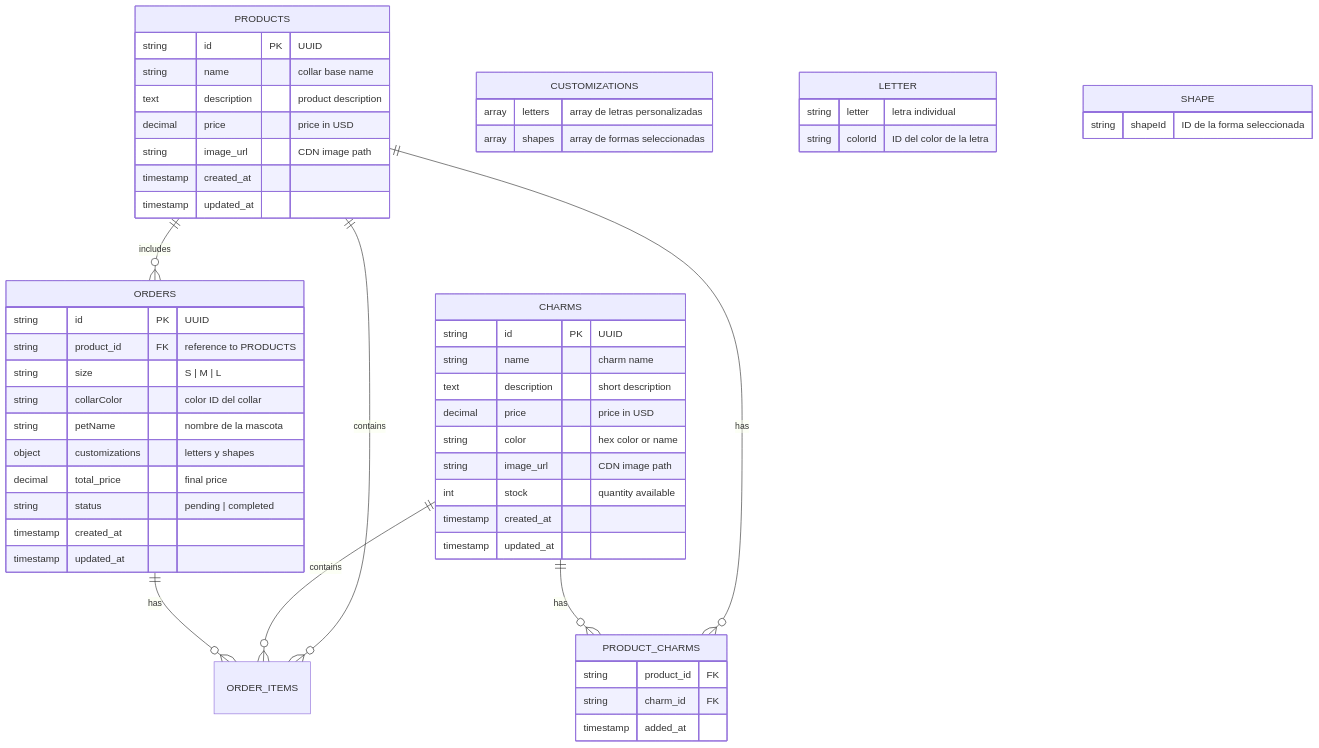
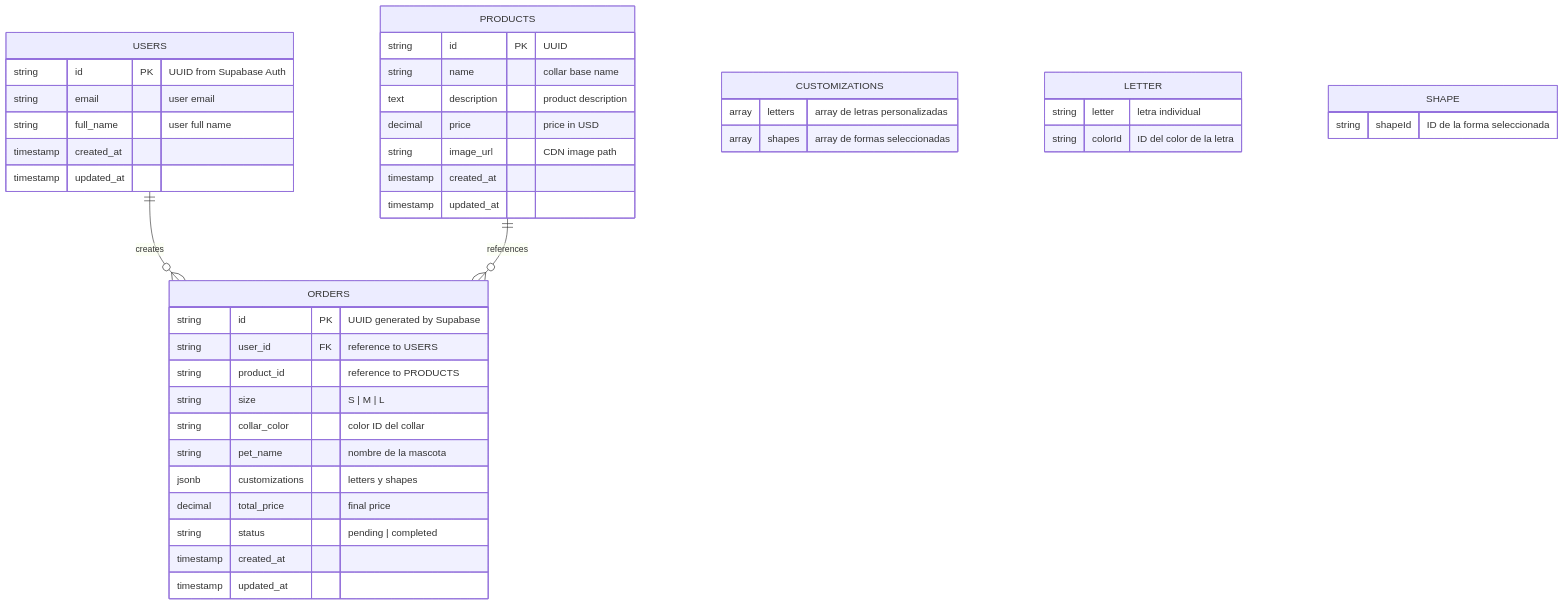
One commit to estefijmiceli89/AI4Devs-finalproject-miceli changed the third of 3 diagrams in petcharms/README.md. Above: the diagram before and after it, drawn with Mermaid. The commit also changed other lines of this file, not shown here.

````diff
--- a/petcharms/README.md
+++ b/petcharms/README.md
@@ -982,64 +1070,51 @@
 ```mermaid
 erDiagram
-    PRODUCTS ||--o{ ORDER_ITEMS : "contains"
-    CHARMS ||--o{ ORDER_ITEMS : "contains"
-    PRODUCTS ||--o{ PRODUCT_CHARMS : "has"
-    CHARMS ||--o{ PRODUCT_CHARMS : "has"
-    PRODUCTS ||--o{ ORDERS : "includes"
-    ORDERS ||--o{ ORDER_ITEMS : "has"
+    USERS ||--o{ ORDERS : "creates"
+    PRODUCTS ||--o{ ORDERS : "references"
+
+    USERS {
+        string id PK "UUID from Supabase Auth"
+        string email "user email"
+        string full_name "user full name"
+        timestamp created_at
+        timestamp updated_at
+    }
 
     PRODUCTS {
         string id PK "UUID"
         string name "collar base name"
         text description "product description"
         decimal price "price in USD"
         string image_url "CDN image path"
         timestamp created_at
         timestamp updated_at
     }
 
-    CHARMS {
-        string id PK "UUID"
-        string name "charm name"
-        text description "short description"
-        decimal price "price in USD"
-        string color "hex color or name"
-        string image_url "CDN image path"
-        int stock "quantity available"
-        timestamp created_at
-        timestamp updated_at
-    }
-
     ORDERS {
-        string id PK "UUID"
-        string product_id FK "reference to PRODUCTS"
+        string id PK "UUID generated by Supabase"
+        string user_id FK "reference to USERS"
+        string product_id "reference to PRODUCTS"
         string size "S | M | L"
-        string collarColor "color ID del collar"
-        string petName "nombre de la mascota"
-        object customizations "letters y shapes"
+        string collar_color "color ID del collar"
+        string pet_name "nombre de la mascota"
+        jsonb customizations "letters y shapes"
         decimal total_price "final price"
         string status "pending | completed"
         timestamp created_at
         timestamp updated_at
     }
 
     CUSTOMIZATIONS {
         array letters "array de letras personalizadas"
         array shapes "array de formas seleccionadas"
     }
 
     LETTER {
         string letter "letra individual"
         string colorId "ID del color de la letra"
     }
 
     SHAPE {
         string shapeId "ID de la forma seleccionada"
     }
-
-    PRODUCT_CHARMS {
-        string product_id FK
-        string charm_id FK
-        timestamp added_at
-    }
 ```
````
